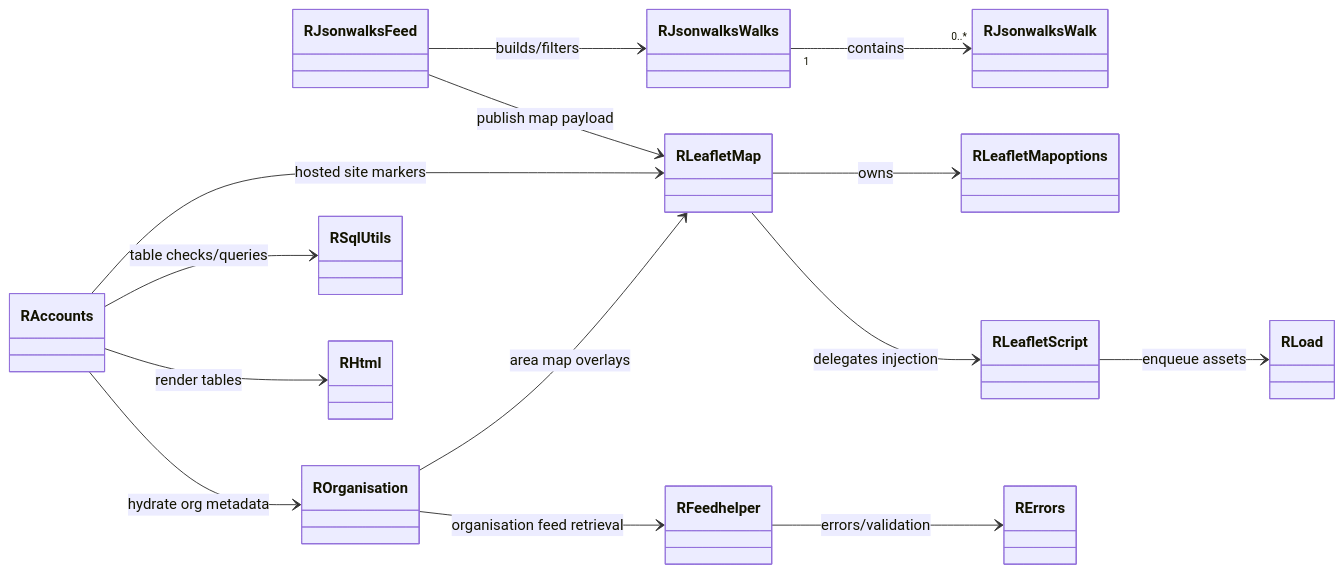
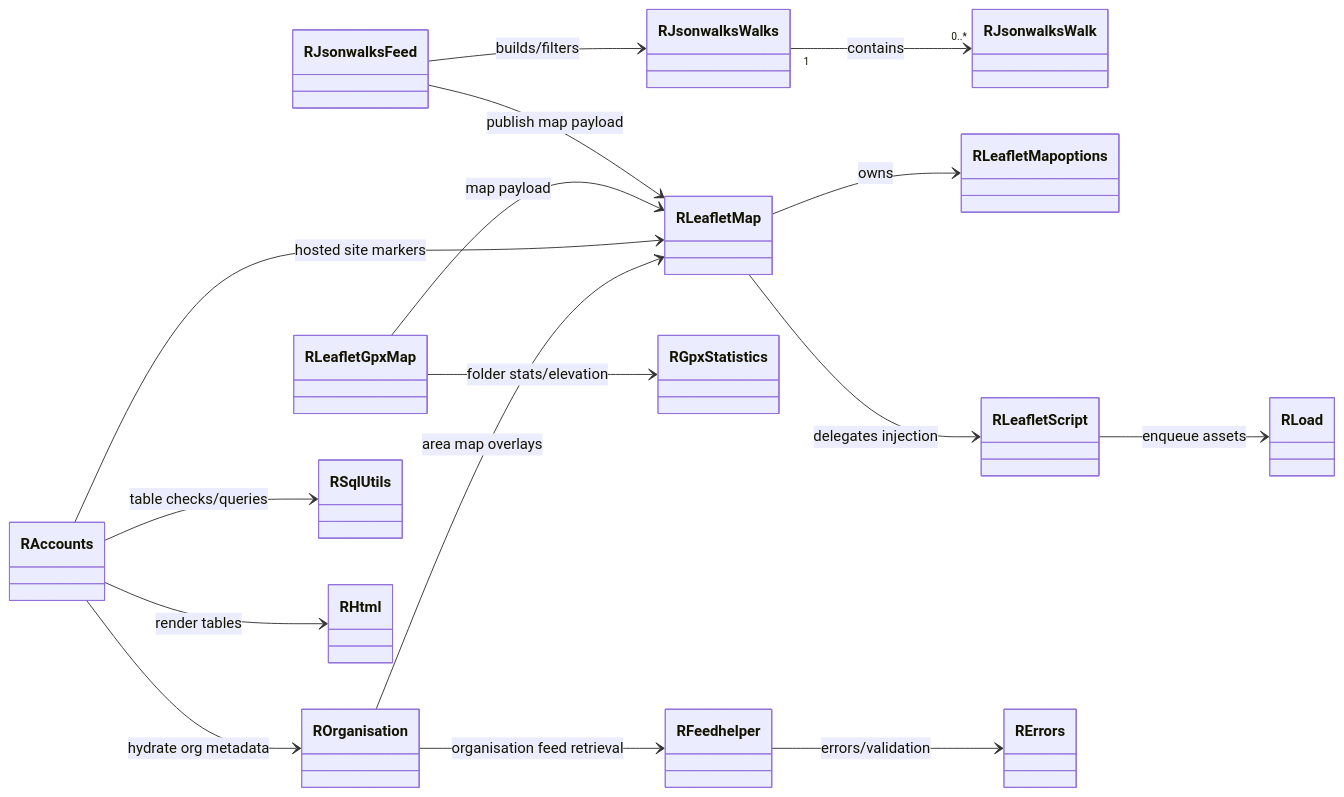
Before and after one commit to pauljrhodes/ramblers-library: the seventh of 15 diagrams in architecture.md, drawn with Mermaid. The commit also changed other lines of this file and 32 other files, not shown here.

````diff
--- a/architecture.md
+++ b/architecture.md
@@ -529,35 +564,39 @@
 ```mermaid
 classDiagram
 direction LR
 
 class RJsonwalksFeed
 class RJsonwalksWalks
 class RJsonwalksWalk
 
 class RLeafletMap
 class RLeafletMapoptions
 class RLeafletScript
 class RLoad
+class RLeafletGpxMap
+class RGpxStatistics
 
 class RFeedhelper
 class RErrors
 class ROrganisation
 class RAccounts
 class RSqlUtils
 class RHtml
 
 RJsonwalksFeed --> RJsonwalksWalks : builds/filters
 RJsonwalksWalks "1" --> "0..*" RJsonwalksWalk : contains
 RJsonwalksFeed --> RLeafletMap : publish map payload
 RLeafletMap --> RLeafletMapoptions : owns
 RLeafletMap --> RLeafletScript : delegates injection
 RLeafletScript --> RLoad : enqueue assets
+RLeafletGpxMap --> RGpxStatistics : folder stats/elevation
+RLeafletGpxMap --> RLeafletMap : map payload
 
 RFeedhelper --> RErrors : errors/validation
 ROrganisation --> RFeedhelper : organisation feed retrieval
 RAccounts --> ROrganisation : hydrate org metadata
 RAccounts --> RSqlUtils : table checks/queries
 RAccounts --> RHtml : render tables
 RAccounts --> RLeafletMap : hosted site markers
 ROrganisation --> RLeafletMap : area map overlays
 ```
````
